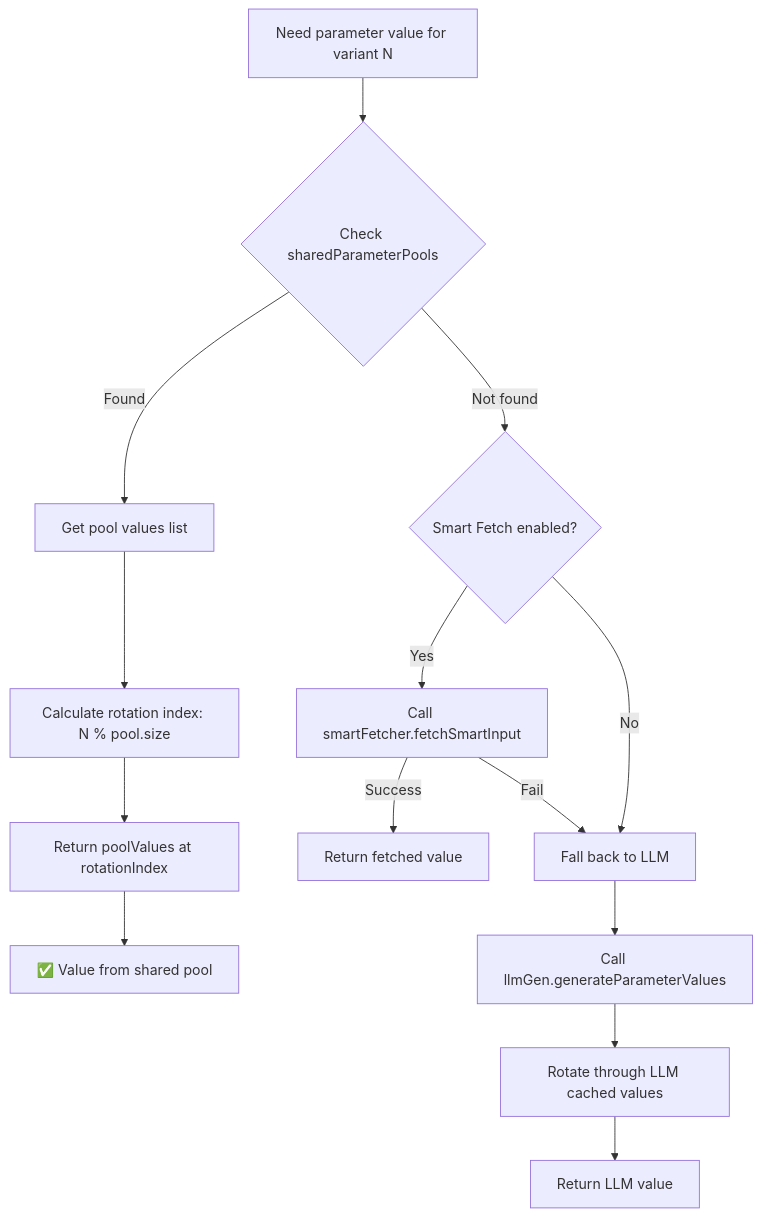
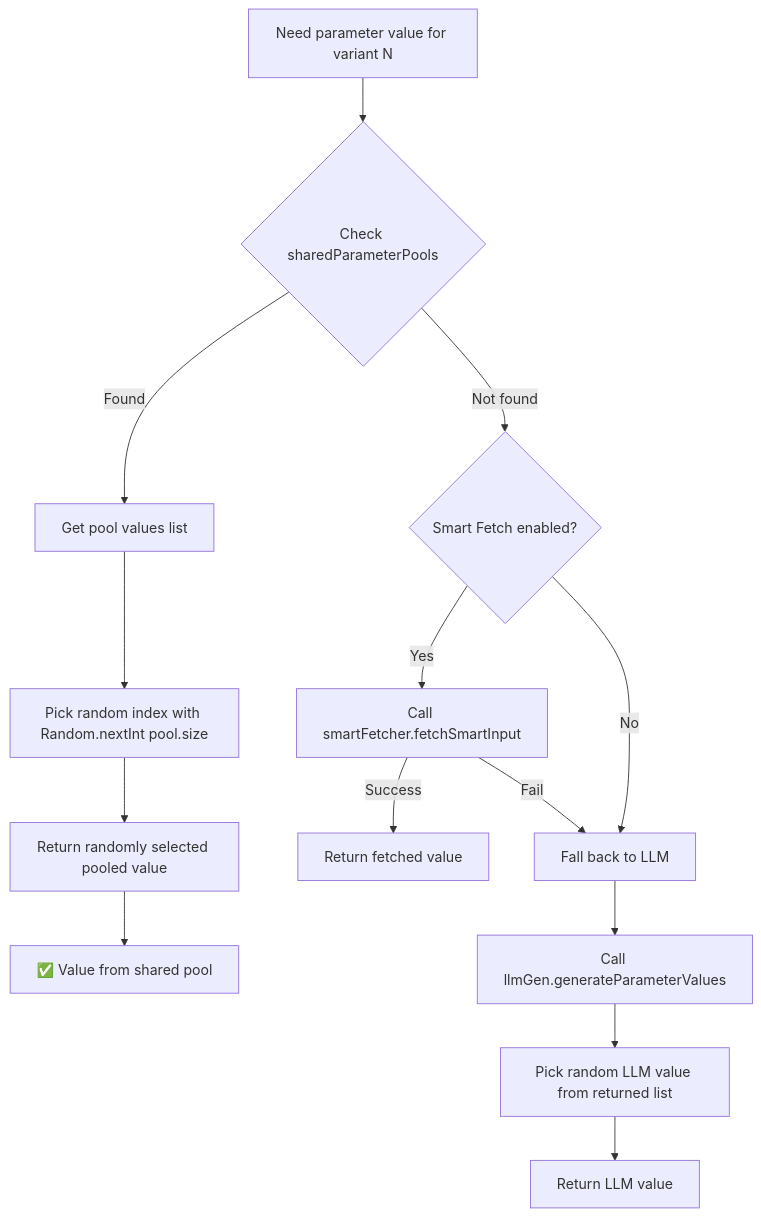
Before and after one commit to miaoti/Rest: diagram 11 of 23 in src/main/resources/My-Example/trainticket/flow.md, drawn with Mermaid. The commit also changed other lines of this file and 638 other files, not shown here.

````diff
--- a/src/main/resources/My-Example/trainticket/flow.md
+++ b/src/main/resources/My-Example/trainticket/flow.md
@@ -166,18 +534,18 @@
 ```mermaid
 flowchart TD
     A[Need parameter value for variant N] --> B{Check sharedParameterPools}
     B -->|Found| C[Get pool values list]
-    C --> D[Calculate rotation index: N % pool.size]
-    D --> E[Return poolValues at rotationIndex]
+    C --> D[Pick random index with Random.nextInt pool.size]
+    D --> E[Return randomly selected pooled value]
     E --> F[✅ Value from shared pool]
     
     B -->|Not found| G{Smart Fetch enabled?}
     G -->|Yes| H[Call smartFetcher.fetchSmartInput]
     H -->|Success| I[Return fetched value]
     H -->|Fail| J[Fall back to LLM]
     
     G -->|No| J
     J --> K[Call llmGen.generateParameterValues]
-    K --> L[Rotate through LLM cached values]
+    K --> L[Pick random LLM value from returned list]
     L --> M[Return LLM value]
 ```
````
